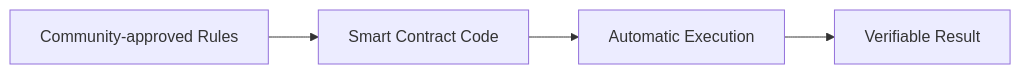
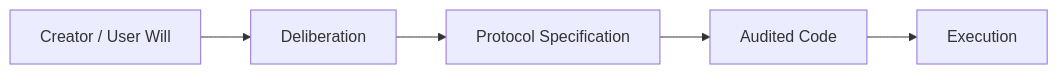
The tenth of 17 diagrams in docs/whitepaper/01-vision.md (ShigeichiroYamasaki/creator-first-platform), drawn with Mermaid before and after one commit. The commit also changed other lines of this file and 1 other file, not shown here.

````diff
--- a/docs/whitepaper/01-vision.md
+++ b/docs/whitepaper/01-vision.md
@@ -177,6 +264,10 @@
 ```mermaid
 flowchart LR
-    RULES[Community-approved Rules] --> CODE[Smart Contract Code]
-    CODE --> EXEC[Automatic Execution]
-    EXEC --> AUDIT[Verifiable Result]
+    WILL[Creator / User Will]
+    DELIB[Deliberation]
+    SPEC[Protocol Specification]
+    CODE[Audited Code]
+    EXEC[Execution]
+
+    WILL --> DELIB --> SPEC --> CODE --> EXEC
 ```
````
